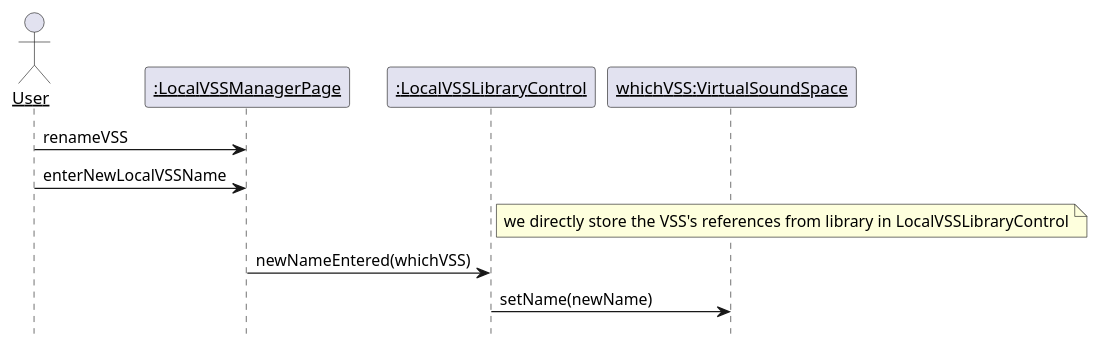
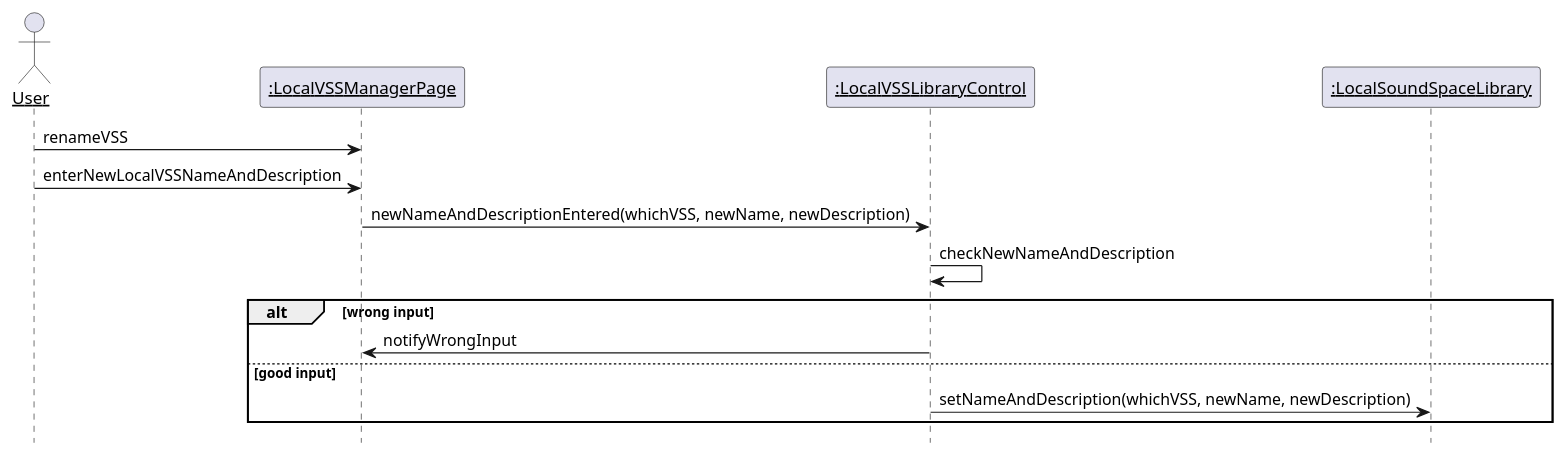
One commit to kpp19920121/doc changed the seventh of 21 diagrams in 需求定义和分析/SeqDiagram.md. Above: the diagram before and after it, drawn with PlantUML. The commit also changed other lines of this file and 22 other files, not shown here.

````diff
--- a/需求定义和分析/SeqDiagram.md
+++ b/需求定义和分析/SeqDiagram.md
@@ -369,18 +421,22 @@
 ```PlantUML
 @startuml RenameVSS
 hide footbox
 skinparam sequenceParticipant underline
 
 actor User as user
 participant ":LocalVSSManagerPage" as page
 participant ":LocalVSSLibraryControl" as control
-participant "whichVSS:VirtualSoundSpace" as vss
+participant ":LocalSoundSpaceLibrary" as library
 
 user -> page: renameVSS
-user -> page: enterNewLocalVSSName
-note right of control: we directly store the VSS's references from library in LocalVSSLibraryControl
-page -> control: newNameEntered(whichVSS)
-control -> vss: setName(newName)
+user -> page: enterNewLocalVSSNameAndDescription
+page -> control: newNameAndDescriptionEntered(whichVSS, newName, newDescription)
+control -> control: checkNewNameAndDescription
+alt wrong input
+    control -> page: notifyWrongInput
+else good input
+    control -> library: setNameAndDescription(whichVSS, newName, newDescription)
+end
 
 @enduml
 ```
````
